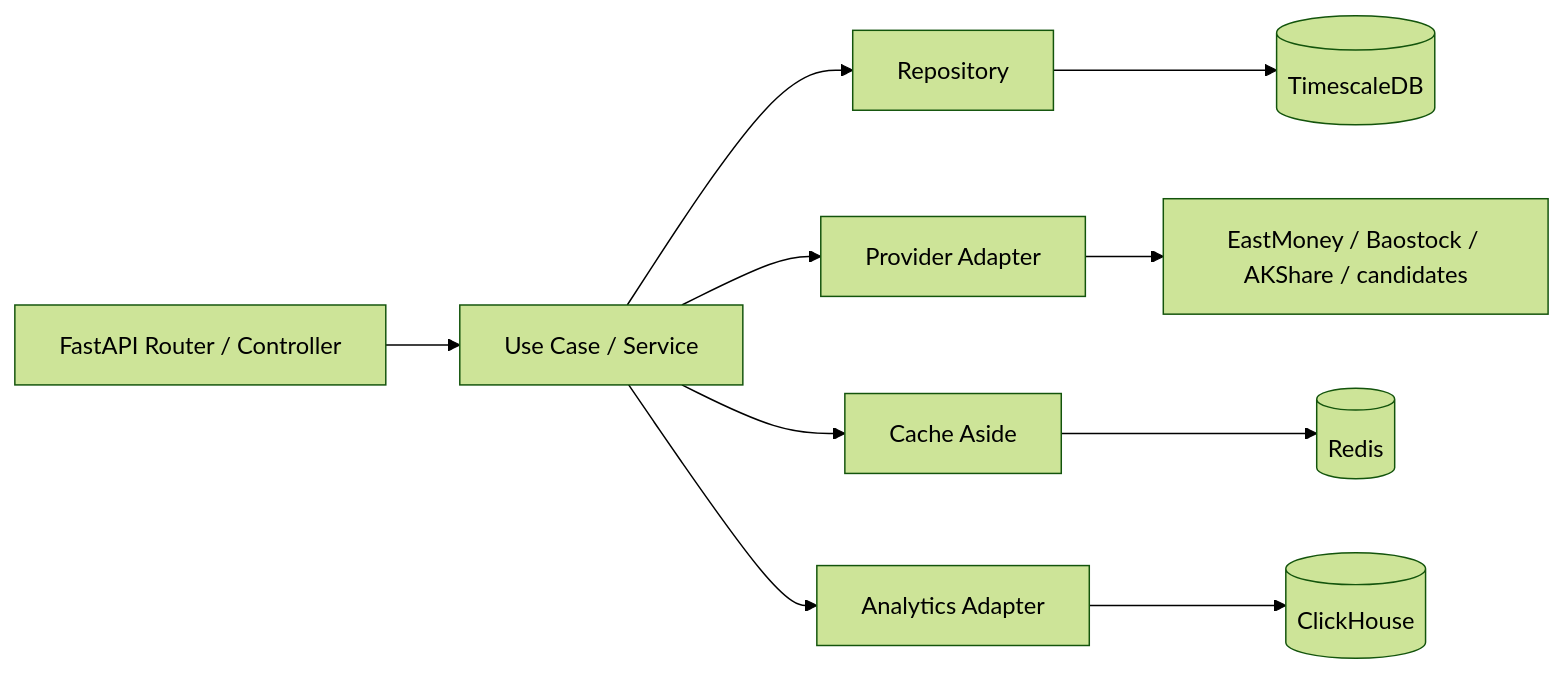
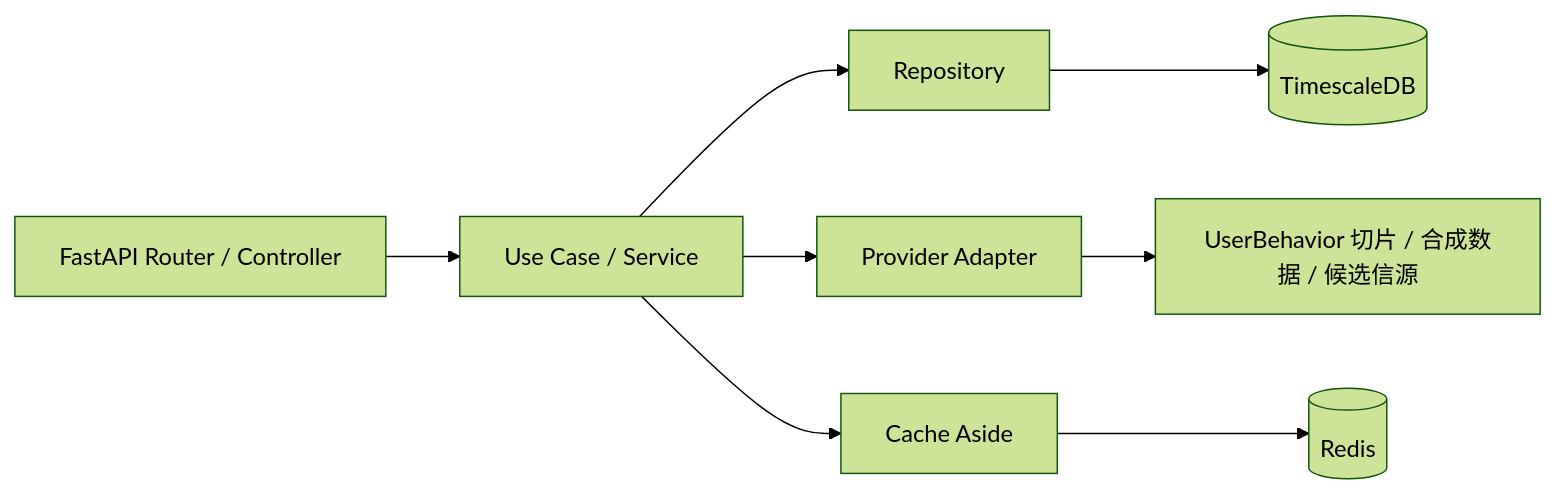
The diagram in docs/backend-capability-architecture.md (betterkite/shop-gate), drawn with Mermaid (forest theme) before and after one commit. The commit also changed other lines of this file and 42 other files, not shown here.

````diff
--- a/docs/backend-capability-architecture.md
+++ b/docs/backend-capability-architecture.md
@@ -23,12 +23,10 @@
 ```mermaid
 flowchart LR
   HTTP[FastAPI Router / Controller] --> UC[Use Case / Service]
   UC --> Repo[Repository]
   UC --> Provider[Provider Adapter]
   UC --> Cache[Cache Aside]
-  UC --> Analytics[Analytics Adapter]
   Repo --> TS[(TimescaleDB)]
-  Analytics --> CH[(ClickHouse)]
-  Provider --> EXT[EastMoney / Baostock / AKShare / candidates]
+  Provider --> EXT[UserBehavior 切片 / 合成数据 / 候选信源]
   Cache --> Redis[(Redis)]
 ```
````
